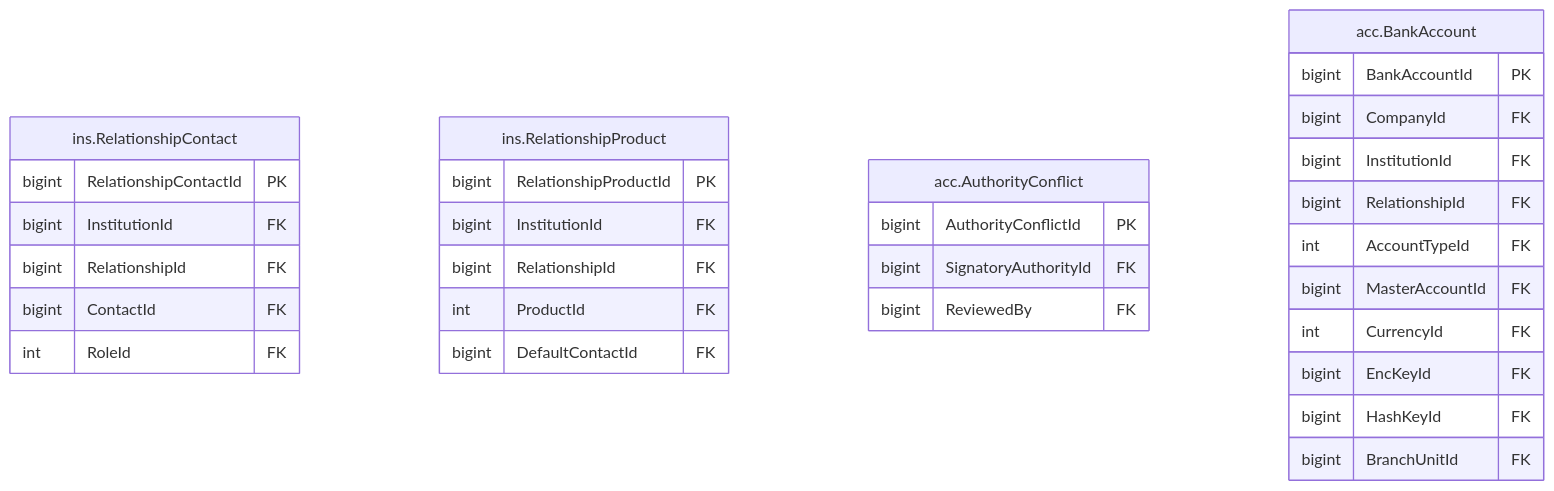
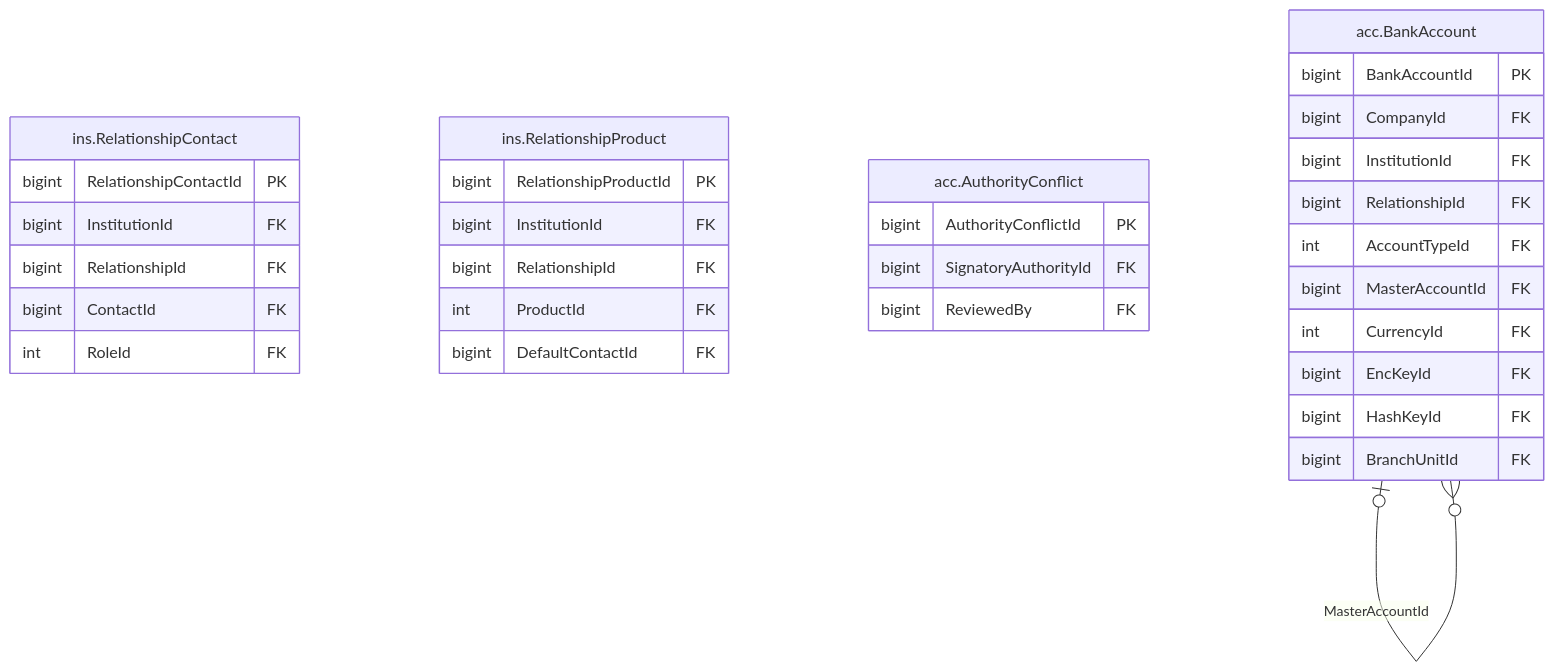
One commit to thawrasy/smartlines changed the diagram in treasury-platform/docs/diagrams/erd/m2_3_institutions_2.mmd. Above: the diagram before and after it, drawn with Mermaid. The commit also changed 139 other files, not shown here.

```diff
--- a/treasury-platform/docs/diagrams/erd/m2_3_institutions_2.mmd
+++ b/treasury-platform/docs/diagrams/erd/m2_3_institutions_2.mmd
@@ -1,33 +1,34 @@
 %% م2–م3 · الجهات المالية والحسابات والمفوّضون (2/3) — Institutions, bank accounts & signatories
 erDiagram
   ins_RelationshipContact["ins.RelationshipContact"] {
     bigint RelationshipContactId PK
     bigint InstitutionId FK
     bigint RelationshipId FK
     bigint ContactId FK
     int RoleId FK
   }
   ins_RelationshipProduct["ins.RelationshipProduct"] {
     bigint RelationshipProductId PK
     bigint InstitutionId FK
     bigint RelationshipId FK
     int ProductId FK
     bigint DefaultContactId FK
   }
   acc_AuthorityConflict["acc.AuthorityConflict"] {
     bigint AuthorityConflictId PK
     bigint SignatoryAuthorityId FK
     bigint ReviewedBy FK
   }
   acc_BankAccount["acc.BankAccount"] {
     bigint BankAccountId PK
     bigint CompanyId FK
     bigint InstitutionId FK
     bigint RelationshipId FK
     int AccountTypeId FK
     bigint MasterAccountId FK
     int CurrencyId FK
     bigint EncKeyId FK
     bigint HashKeyId FK
     bigint BranchUnitId FK
   }
+  acc_BankAccount |o--o{ acc_BankAccount : "MasterAccountId"
```
